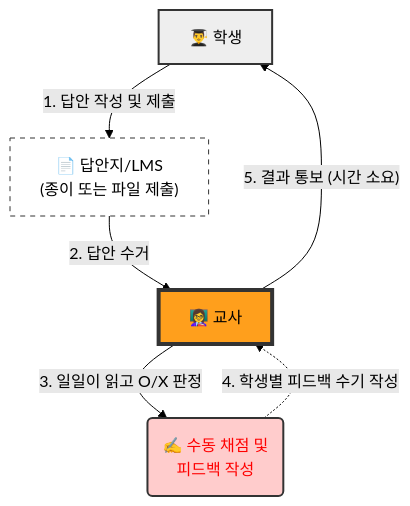
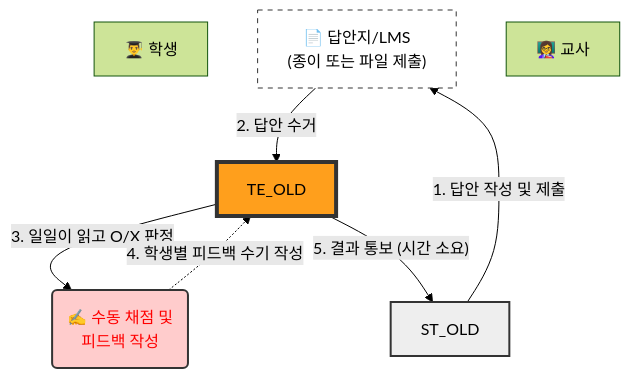
One commit to Raph-Alpaca/test260110 changed the second of 2 diagrams in README.md. Above: the diagram before and after it, drawn with Mermaid (forest theme).

````diff
--- a/README.md
+++ b/README.md
@@ -55,25 +55,25 @@
 ```mermaid
 graph TD
     %% 노드 정의 (특수문자 포함 시 반드시 따옴표 사용)
-    ST_OLD[👨‍🎓 학생]
+    ST[👨‍🎓 학생]
     PAPER["📄 답안지/LMS<br/>(종이 또는 파일 제출)"]
-    TE_OLD[👩‍🏫 교사]
+    TE[👩‍🏫 교사]
     WORK("✍️ 수동 채점 및<br/>피드백 작성")
 
     %% 흐름 정의
     ST_OLD -->|"1. 답안 작성 및 제출"| PAPER
     PAPER -->|"2. 답안 수거"| TE_OLD
     
     %% 교사의 반복 업무 강조
     TE_OLD -->|"3. 일일이 읽고 O/X 판정"| WORK
     WORK -.->|"4. 학생별 피드백 수기 작성"| TE_OLD
     
     %% 피드백 전달 (지연됨을 암시)
     TE_OLD -->|"5. 결과 통보 (시간 소요)"| ST_OLD
 
     %% 스타일 정의
     style ST_OLD fill:#eee,stroke:#333,stroke-width:2px
     style PAPER fill:#fff,stroke:#333,stroke-dasharray: 5 5
     style TE_OLD fill:#FF9F1C,stroke:#333,stroke-width:4px
     style WORK fill:#ffcccc,stroke:#333,stroke-width:2px,color:red
 ```
````
